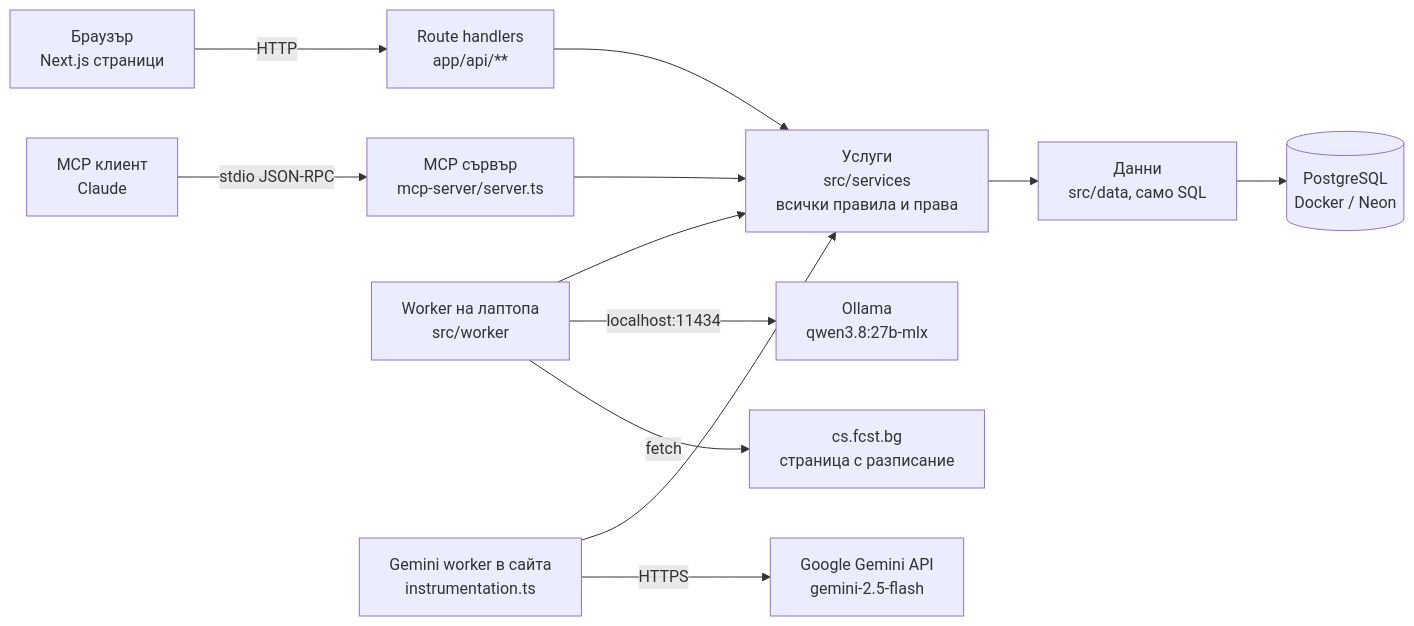
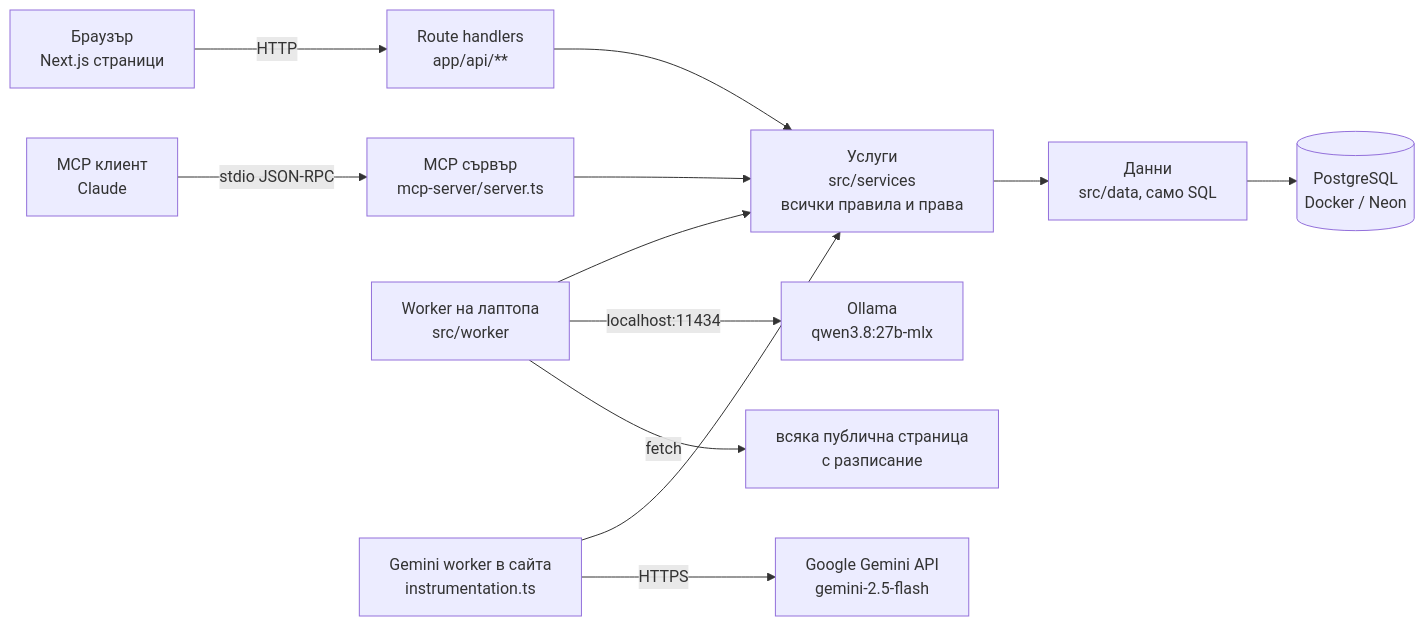
One commit to Svetlioo/webdev-121326005 changed the first of 5 diagrams in docs/RUNBOOK.md. Above: the diagram before and after it, drawn with Mermaid. The commit also changed other lines of this file and 7 other files, not shown here.

````diff
--- a/docs/RUNBOOK.md
+++ b/docs/RUNBOOK.md
@@ -32,14 +32,14 @@
 ```mermaid
 flowchart LR
   B[Браузър<br/>Next.js страници] -->|HTTP| R[Route handlers<br/>app/api/**]
   M[MCP клиент<br/>Claude] -->|stdio JSON-RPC| S[MCP сървър<br/>mcp-server/server.ts]
   R --> SV[Услуги<br/>src/services<br/>всички правила и права]
   S --> SV
   W[Worker на лаптопа<br/>src/worker] --> SV
   G[Gemini worker в сайта<br/>instrumentation.ts] --> SV
   SV --> D[Данни<br/>src/data, само SQL]
   D --> DB[(PostgreSQL<br/>Docker / Neon)]
   W -->|localhost:11434| O[Ollama<br/>qwen3.8:27b-mlx]
   G -->|HTTPS| GE[Google Gemini API<br/>gemini-2.5-flash]
-  W -->|fetch| F[cs.fcst.bg<br/>страница с разписание]
+  W -->|fetch| F[всяка публична страница<br/>с разписание]
 ```
````
